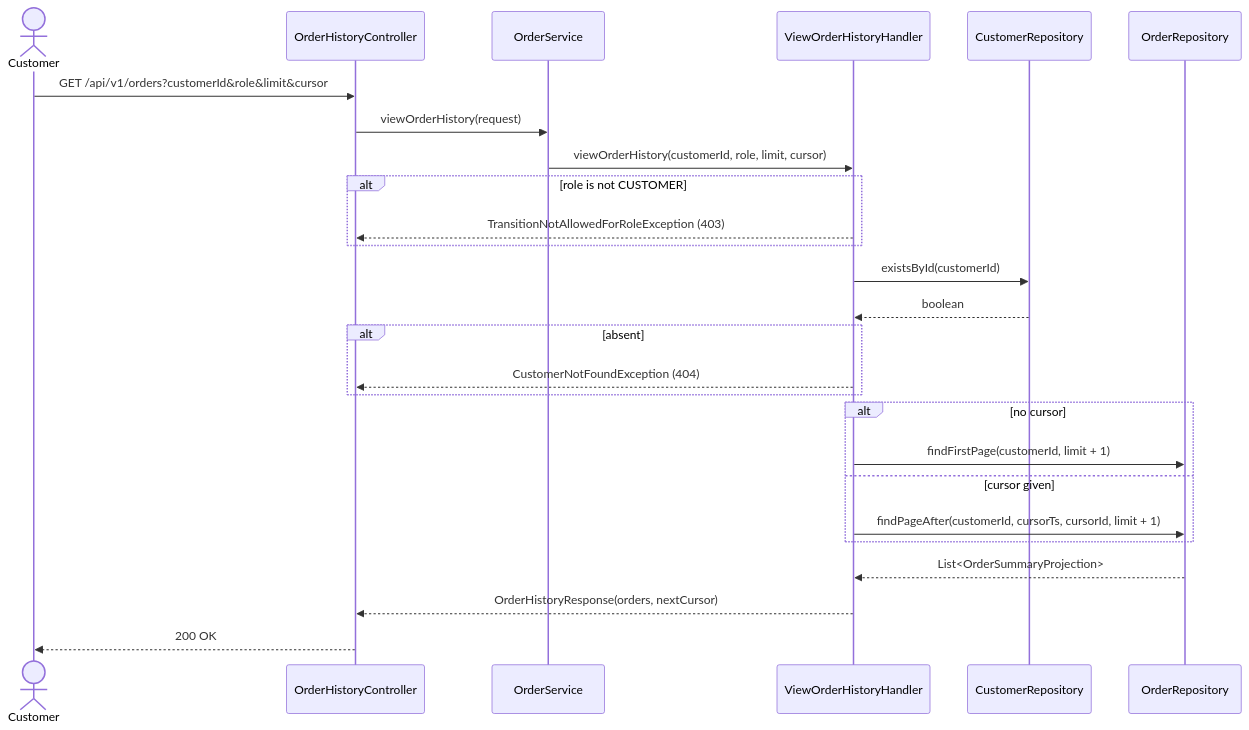
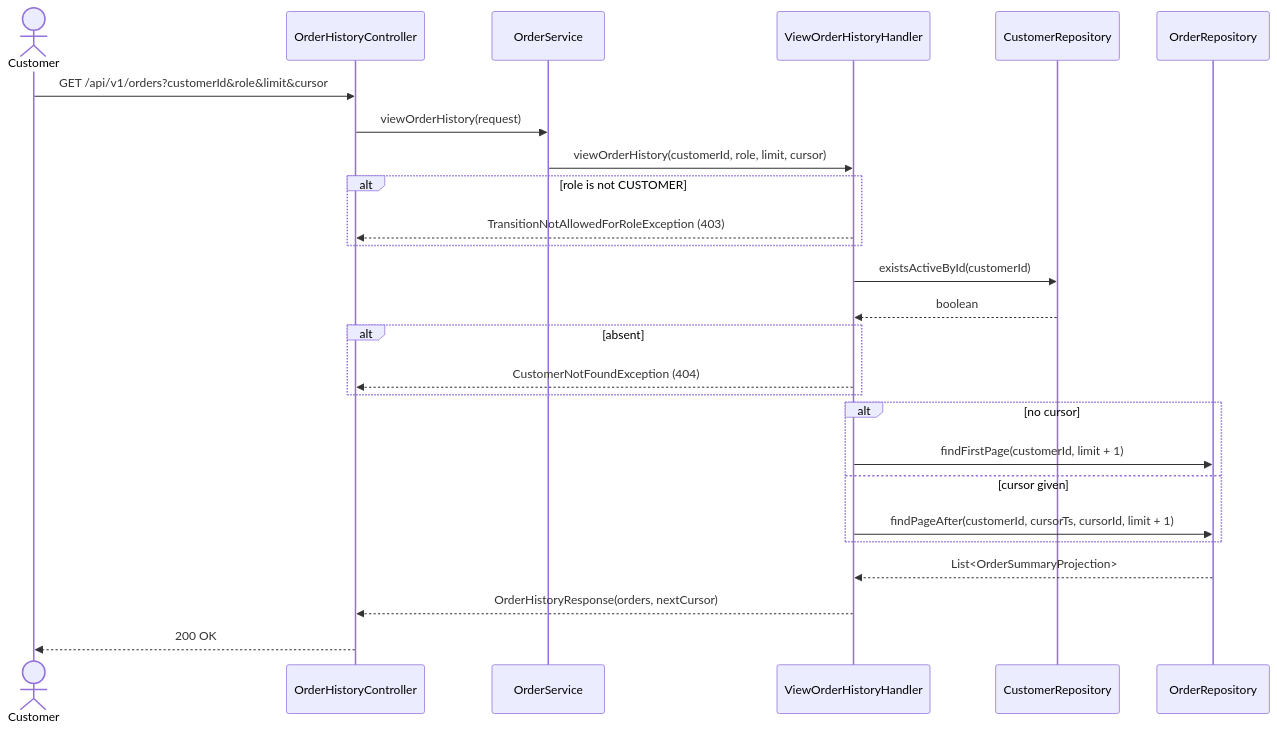
The second of 2 diagrams in restaurant/.docs/use-cases/order-management/view-order-history/view-order-history.md (msmohammed0077-cmd/mentorship-restaurant), drawn with Mermaid before and after one commit. The commit also changed other lines of this file and 14 other files, not shown here.

````diff
--- a/restaurant/.docs/use-cases/order-management/view-order-history/view-order-history.md
+++ b/restaurant/.docs/use-cases/order-management/view-order-history/view-order-history.md
@@ -234,33 +234,33 @@
 ```mermaid
 sequenceDiagram
     actor Customer
     participant C as OrderHistoryController
     participant S as OrderService
     participant H as ViewOrderHistoryHandler
     participant CR as CustomerRepository
     participant OR as OrderRepository
 
     Customer->>C: GET /api/v1/orders?customerId&role&limit&cursor
     C->>S: viewOrderHistory(request)
     S->>H: viewOrderHistory(customerId, role, limit, cursor)
 
     alt role is not CUSTOMER
         H-->>C: TransitionNotAllowedForRoleException (403)
     end
 
-    H->>CR: existsById(customerId)
+    H->>CR: existsActiveById(customerId)
     CR-->>H: boolean
     alt absent
         H-->>C: CustomerNotFoundException (404)
     end
 
     alt no cursor
         H->>OR: findFirstPage(customerId, limit + 1)
     else cursor given
         H->>OR: findPageAfter(customerId, cursorTs, cursorId, limit + 1)
     end
     OR-->>H: List<OrderSummaryProjection>
 
     H-->>C: OrderHistoryResponse(orders, nextCursor)
     C-->>Customer: 200 OK
 ```
````
